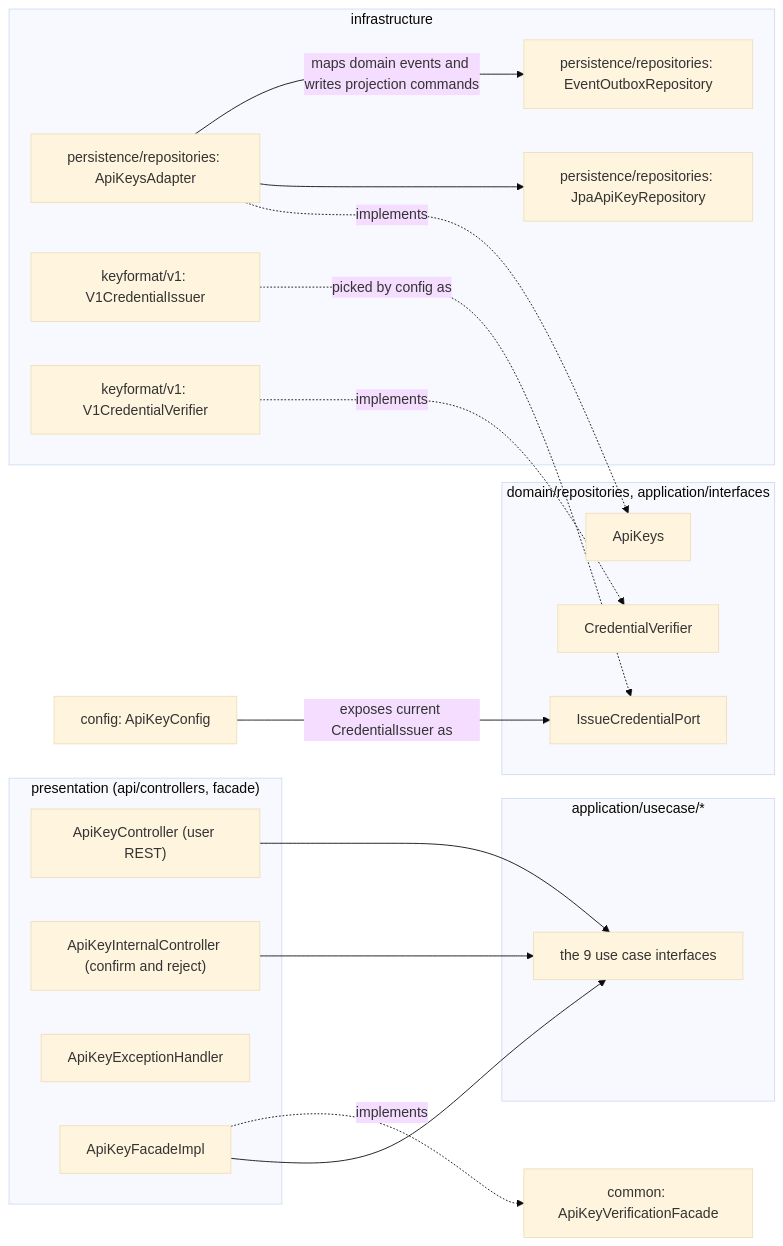
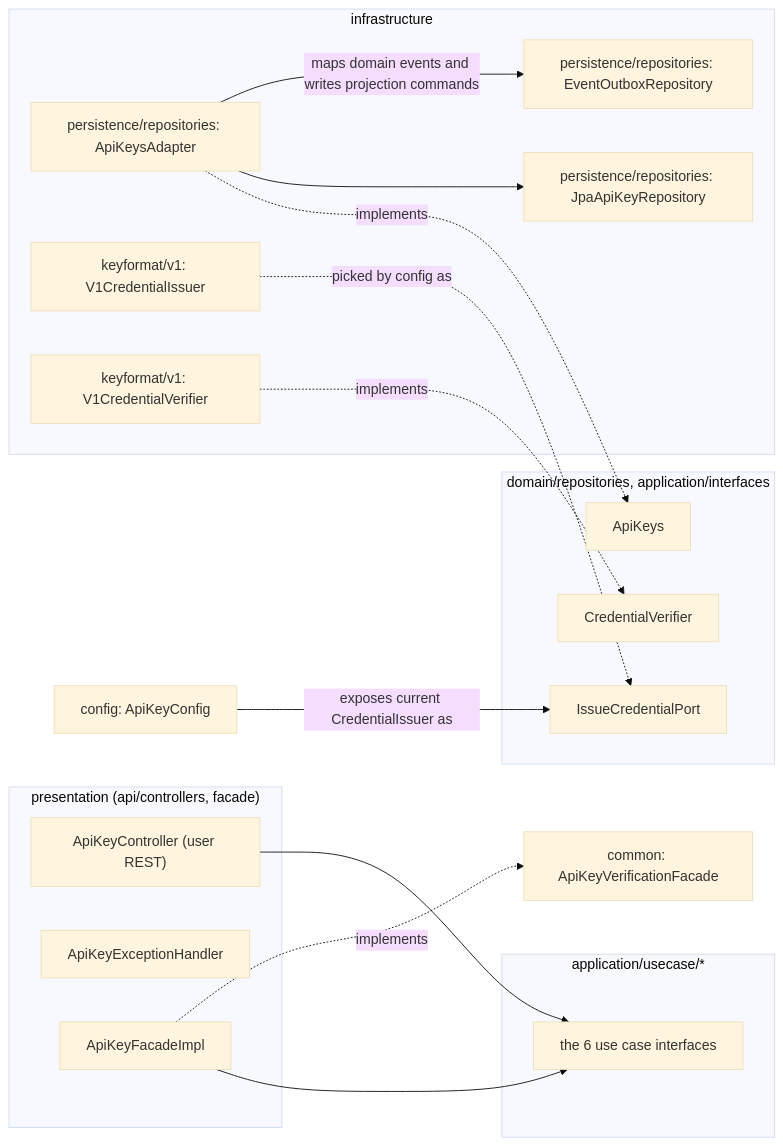
One commit to Dhiren9939/HQ-Tier0 changed the fifth of 14 diagrams in docs/access-context.md. Above: the diagram before and after it, drawn with Mermaid (base theme). The commit also changed other lines of this file and 53 other files, not shown here.

First line of the commit message:
refactor(access): drop the confirm/reject handshake and apply every change at once

````diff
--- a/docs/access-context.md
+++ b/docs/access-context.md
@@ -684,37 +566,35 @@
 ```mermaid
 flowchart LR
     subgraph adapterin["presentation (api/controllers, facade)"]
         Ctl["ApiKeyController (user REST)"]
-        ICtl["ApiKeyInternalController (confirm and reject)"]
         Adv["ApiKeyExceptionHandler"]
         FacadeImpl["ApiKeyFacadeImpl"]
     end
     subgraph portin["application/usecase/*"]
-        UCs["the 9 use case interfaces"]
+        UCs["the 6 use case interfaces"]
     end
     subgraph portout["domain/repositories, application/interfaces"]
         ApiKeysP["ApiKeys"]
         IssueCredP["IssueCredentialPort"]
         VerifierP["CredentialVerifier"]
     end
     subgraph adapterout["infrastructure"]
         ApiKeysAdapter["persistence/repositories: ApiKeysAdapter"]
         JpaRepo["persistence/repositories: JpaApiKeyRepository"]
         OutboxRepo["persistence/repositories: EventOutboxRepository"]
         Issuer["keyformat/v1: V1CredentialIssuer"]
         V1Verifier["keyformat/v1: V1CredentialVerifier"]
     end
     Facade["common: ApiKeyVerificationFacade"]
     Cfg["config: ApiKeyConfig"]
 
     Ctl --> UCs
-    ICtl --> UCs
     FacadeImpl --> UCs
     FacadeImpl -.->|implements| Facade
     ApiKeysAdapter -.->|implements| ApiKeysP
     Issuer -.->|picked by config as| IssueCredP
     V1Verifier -.->|implements| VerifierP
     ApiKeysAdapter --> JpaRepo
     ApiKeysAdapter -->|maps domain events and writes projection commands| OutboxRepo
     Cfg -->|exposes current CredentialIssuer as| IssueCredP
 ```
````
